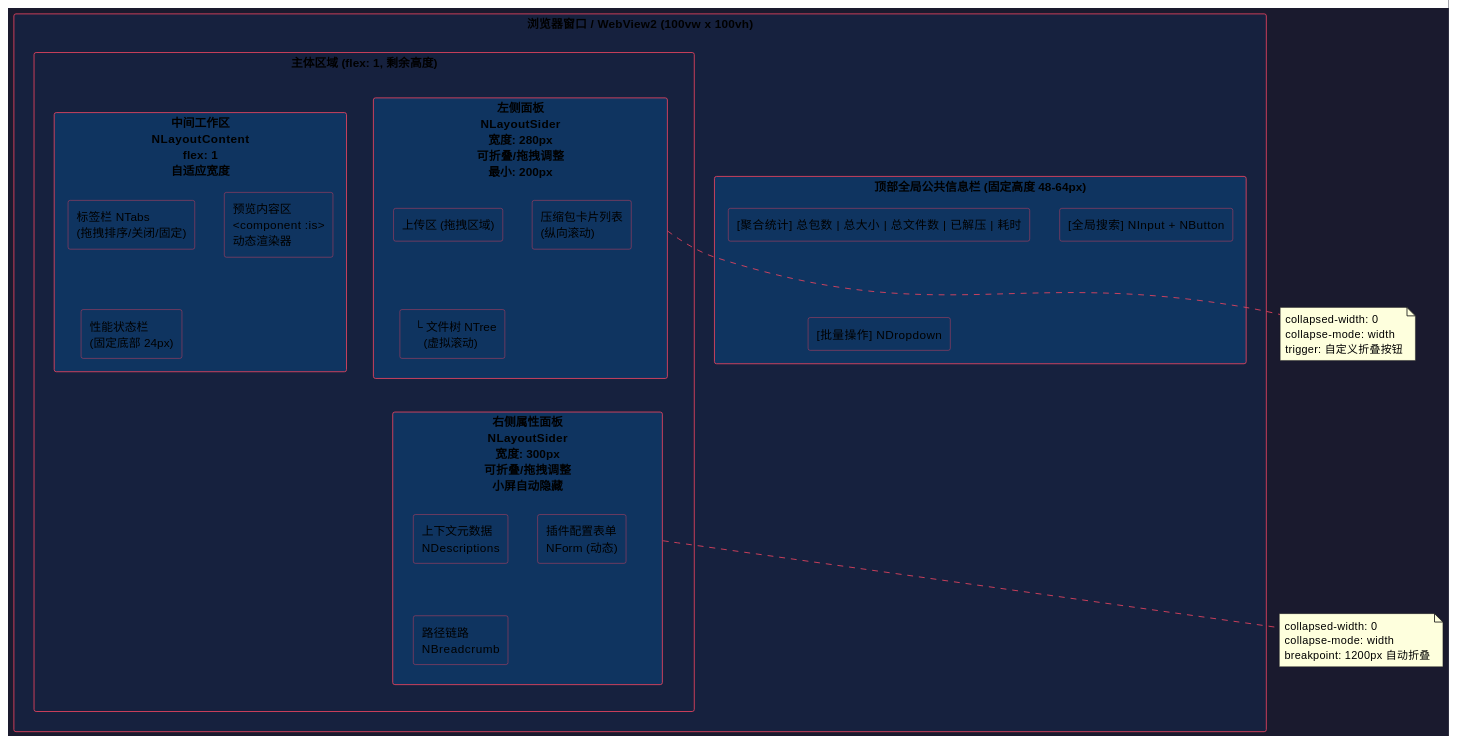
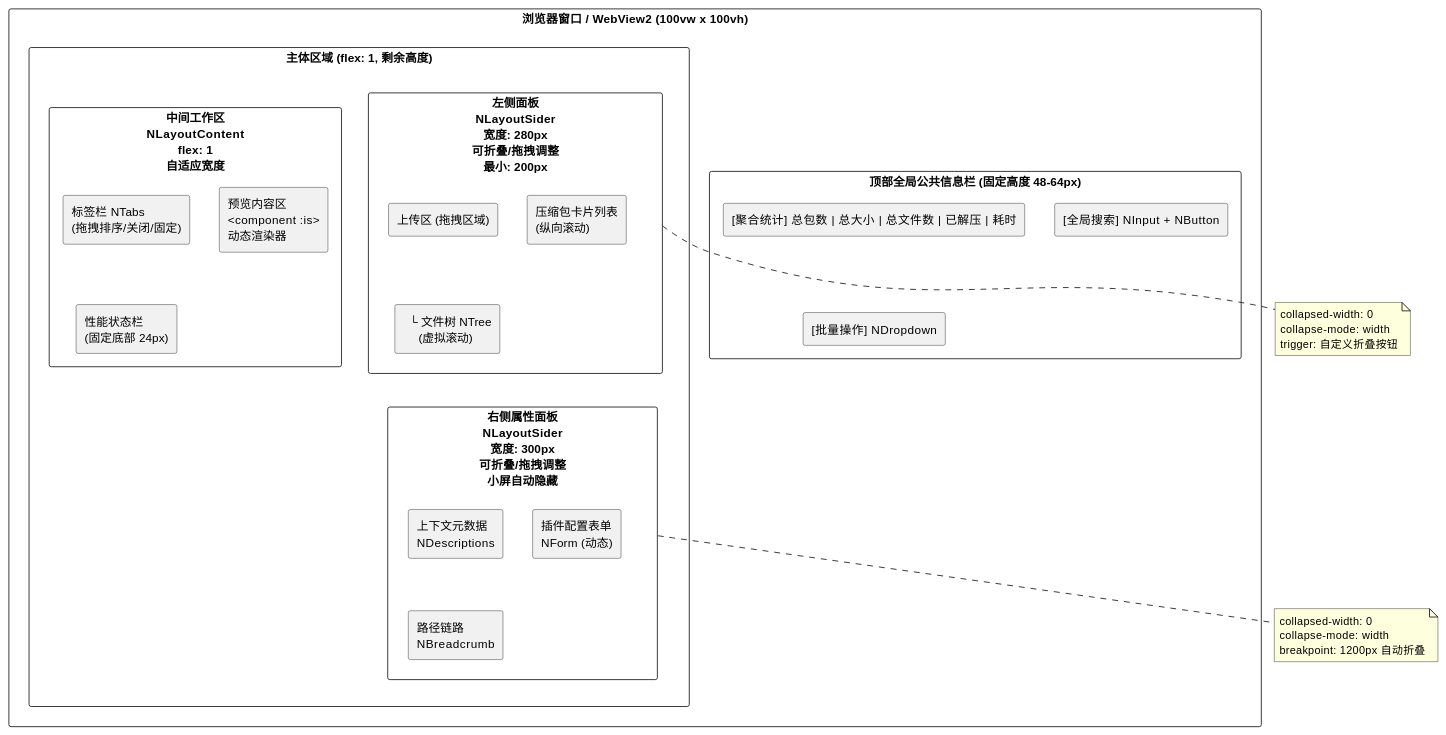
One commit to taoweidong/Hello-Tauri changed the third of 20 diagrams in docs/superpowers/specs/2026-06-26-system-architecture-design.md. Above: the diagram before and after it, drawn with PlantUML. The commit also changed other lines of this file and 1 other file, not shown here.

Commit message:
docs: add README, remove PlantUML dark theme styles

````diff
--- a/docs/superpowers/specs/2026-06-26-system-architecture-design.md
+++ b/docs/superpowers/specs/2026-06-26-system-architecture-design.md
@@ -195,51 +181,46 @@
 ```plantuml
 @startuml
-skinparam backgroundColor #1a1a2e
-skinparam defaultTextColor #e0e0e0
-skinparam rectangleBackgroundColor #0f3460
-skinparam rectangleBorderColor #e94560
-skinparam arrowColor #e94560
 
-rectangle "浏览器窗口 / WebView2 (100vw x 100vh)" #16213e {
+rectangle "浏览器窗口 / WebView2 (100vw x 100vh)" {
 
-  rectangle "顶部全局公共信息栏 (固定高度 48-64px)" #0f3460 {
+  rectangle "顶部全局公共信息栏 (固定高度 48-64px)" {
     rectangle "[聚合统计] 总包数 | 总大小 | 总文件数 | 已解压 | 耗时" as stats
     rectangle "[全局搜索] NInput + NButton" as gsearch
     rectangle "[批量操作] NDropdown" as gbatch
   }
 
-  rectangle "主体区域 (flex: 1, 剩余高度)" #16213e {
+  rectangle "主体区域 (flex: 1, 剩余高度)" {
 
-    rectangle "左侧面板\nNLayoutSider\n宽度: 280px\n可折叠/拖拽调整\n最小: 200px" as left #0f3460 {
+    rectangle "左侧面板\nNLayoutSider\n宽度: 280px\n可折叠/拖拽调整\n最小: 200px" as left {
       rectangle "上传区 (拖拽区域)" as upload_zone
       rectangle "压缩包卡片列表\n(纵向滚动)" as card_list
       rectangle "  └ 文件树 NTree\n     (虚拟滚动)" as file_tree
     }
 
-    rectangle "中间工作区\nNLayoutContent\nflex: 1\n自适应宽度" as center #0f3460 {
+    rectangle "中间工作区\nNLayoutContent\nflex: 1\n自适应宽度" as center {
       rectangle "标签栏 NTabs\n(拖拽排序/关闭/固定)" as tab_bar
       rectangle "预览内容区\n<component :is>\n动态渲染器" as preview
       rectangle "性能状态栏\n(固定底部 24px)" as perf_bar
     }
 
-    rectangle "右侧属性面板\nNLayoutSider\n宽度: 300px\n可折叠/拖拽调整\n小屏自动隐藏" as right #0f3460 {
+    rectangle "右侧属性面板\nNLayoutSider\n宽度: 300px\n可折叠/拖拽调整\n小屏自动隐藏" as right {
       rectangle "上下文元数据\nNDescriptions" as meta
       rectangle "插件配置表单\nNForm (动态)" as config
       rectangle "路径链路\nNBreadcrumb" as path
     }
   }
 }
 
 note bottom of left
   collapsed-width: 0
   collapse-mode: width
   trigger: 自定义折叠按钮
 end note
 
 note bottom of right
   collapsed-width: 0
   collapse-mode: width
   breakpoint: 1200px 自动折叠
 end note
 @enduml
 ```
````
